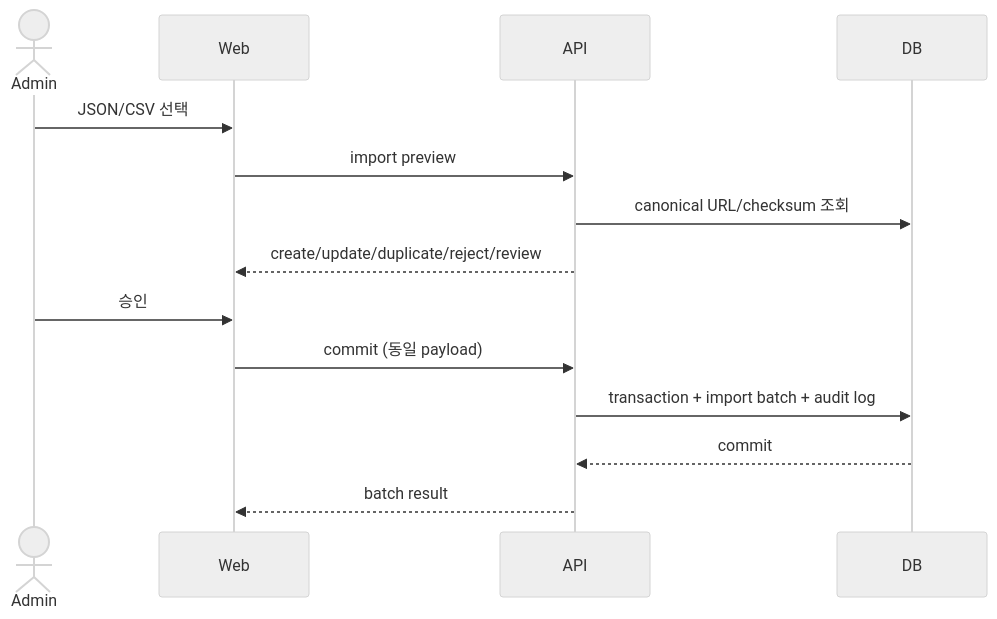
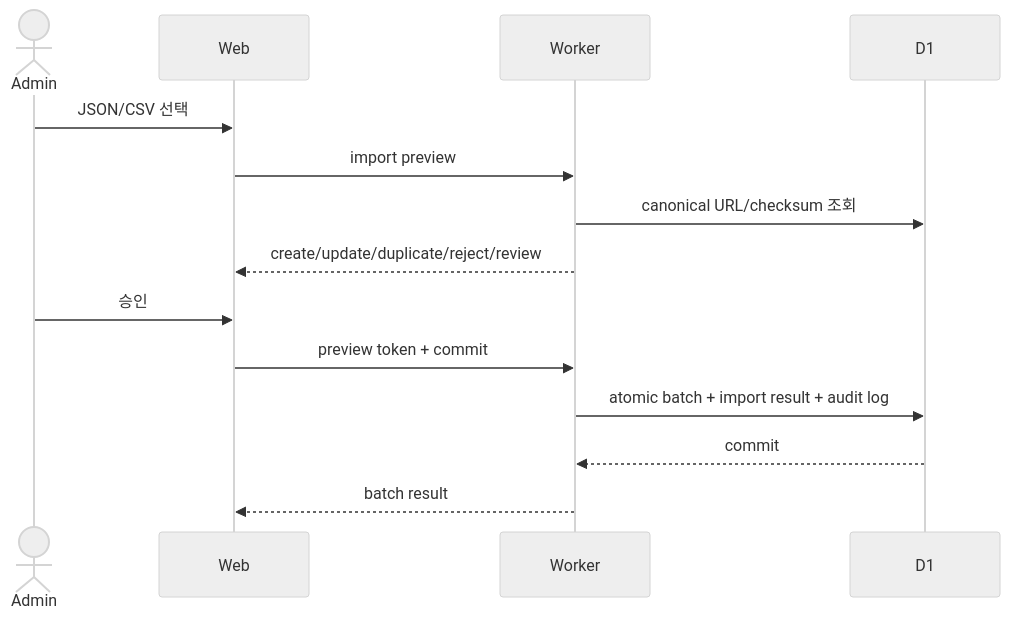
One commit to edder773/careerground changed the second of 2 diagrams in docs/architecture/system-overview.md. Above: the diagram before and after it, drawn with Mermaid (neutral theme). The commit also changed other lines of this file and 79 other files, not shown here.

````diff
--- a/docs/architecture/system-overview.md
+++ b/docs/architecture/system-overview.md
@@ -34,16 +31,16 @@
 ```mermaid
 sequenceDiagram
   actor Admin
   participant Web
-  participant API
-  participant DB
+  participant Worker
+  participant D1
   Admin->>Web: JSON/CSV 선택
-  Web->>API: import preview
-  API->>DB: canonical URL/checksum 조회
-  API-->>Web: create/update/duplicate/reject/review
+  Web->>Worker: import preview
+  Worker->>D1: canonical URL/checksum 조회
+  Worker-->>Web: create/update/duplicate/reject/review
   Admin->>Web: 승인
-  Web->>API: commit (동일 payload)
-  API->>DB: transaction + import batch + audit log
-  DB-->>API: commit
-  API-->>Web: batch result
+  Web->>Worker: preview token + commit
+  Worker->>D1: atomic batch + import result + audit log
+  D1-->>Worker: commit
+  Worker-->>Web: batch result
 ```
````
